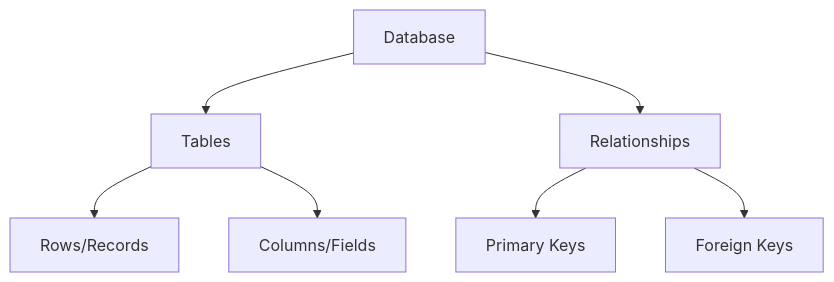
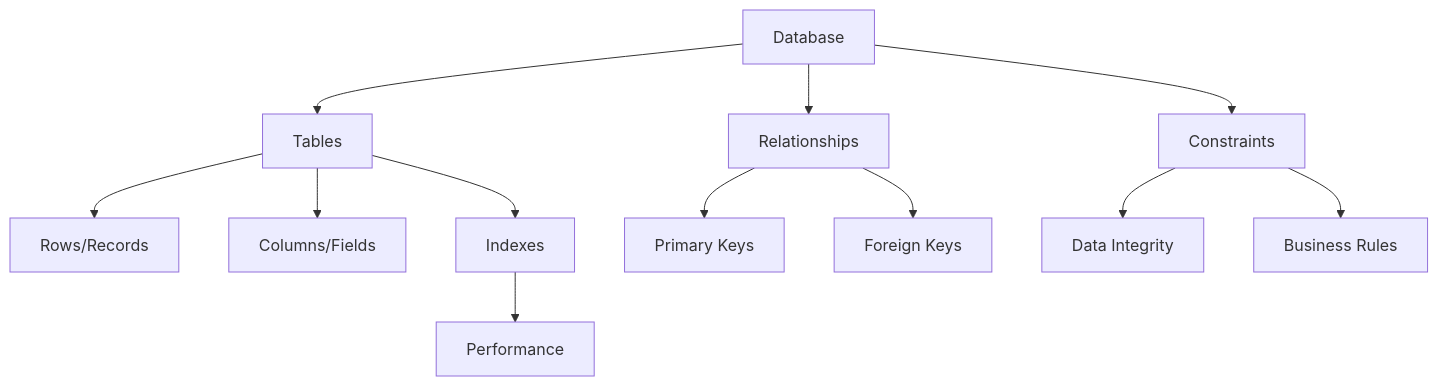
Before and after one commit to codebyshennan/tamkeen-data: the first of 2 diagrams in docs/2-data-wrangling/2.1-sql/README.md, drawn with Mermaid. The commit also changed other lines of this file and 14 other files, not shown here.

````diff
--- a/docs/2-data-wrangling/2.1-sql/README.md
+++ b/docs/2-data-wrangling/2.1-sql/README.md
@@ -27,9 +110,14 @@
 ```mermaid
 graph TD
     A[Database] --> B[Tables]
     B --> C[Rows/Records]
     B --> D[Columns/Fields]
     A --> E[Relationships]
     E --> F[Primary Keys]
     E --> G[Foreign Keys]
+    A --> H[Constraints]
+    H --> I[Data Integrity]
+    H --> J[Business Rules]
+    B --> K[Indexes]
+    K --> L[Performance]
 ```
````
